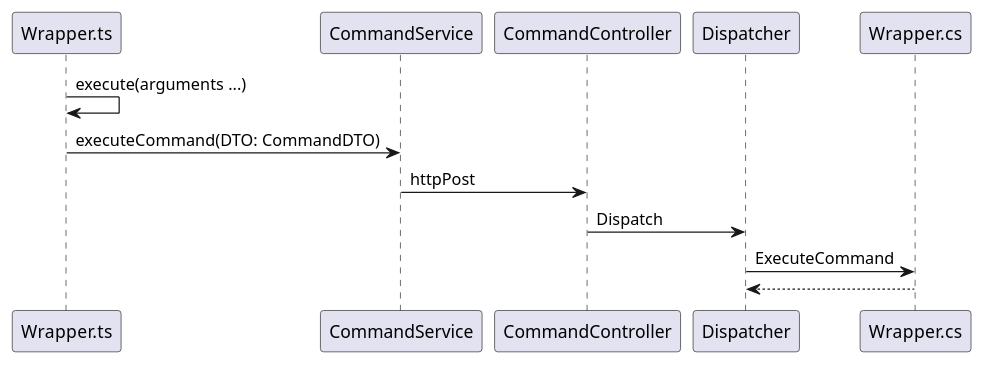
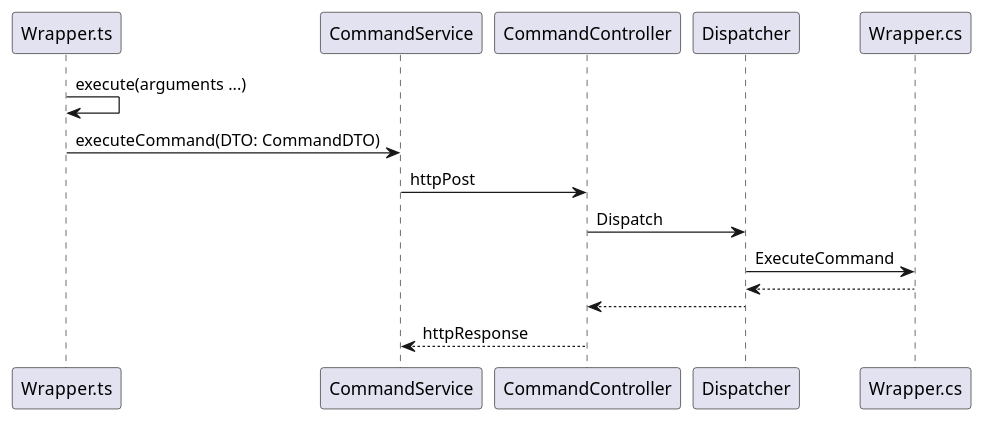
One commit to kokolorix/wEBcMD changed the diagram in wEBcMD/Doc/CommandSequence.puml. Above: the diagram before and after it, drawn with PlantUML. The commit also changed 2 other files, not shown here.

```diff
--- a/wEBcMD/Doc/CommandSequence.puml
+++ b/wEBcMD/Doc/CommandSequence.puml
@@ -1,8 +1,10 @@
 @startuml CommandSequence
 Wrapper.ts->Wrapper.ts : execute(arguments ...)
 Wrapper.ts->CommandService: executeCommand(DTO: CommandDTO)
 CommandService->CommandController : httpPost
 CommandController->Dispatcher : Dispatch
 Dispatcher->Wrapper.cs : ExecuteCommand
 Wrapper.cs-->Dispatcher
+Dispatcher-->CommandController
+CommandController-->CommandService: httpResponse
 @enduml
```
